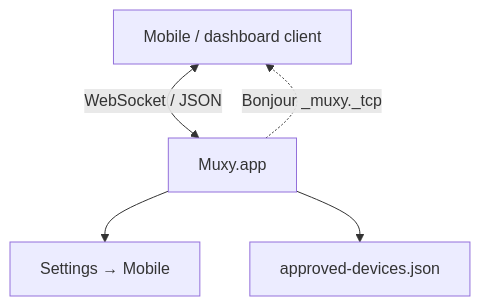
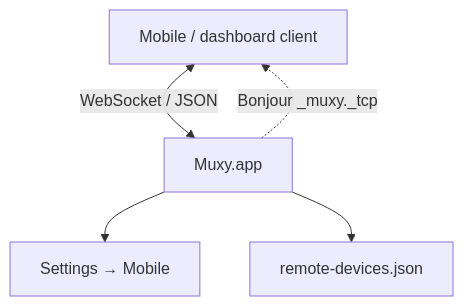
One commit to muxy-app/muxy changed the first of 2 diagrams in docs/remote-server/overview.md. Above: the diagram before and after it, drawn with Mermaid. The commit also changed 7 other files, not shown here.

````diff
--- a/docs/remote-server/overview.md
+++ b/docs/remote-server/overview.md
@@ -5,8 +5,8 @@
 ```mermaid
 flowchart TB
   Client[Mobile / dashboard client]
   Client <-->|WebSocket / JSON| Muxy[Muxy.app]
   Muxy --> Settings[Settings → Mobile]
-  Muxy --> Approved[approved-devices.json]
+  Muxy --> Approved[remote-devices.json]
   Muxy -.->|Bonjour _muxy._tcp| Client
 ```
````
